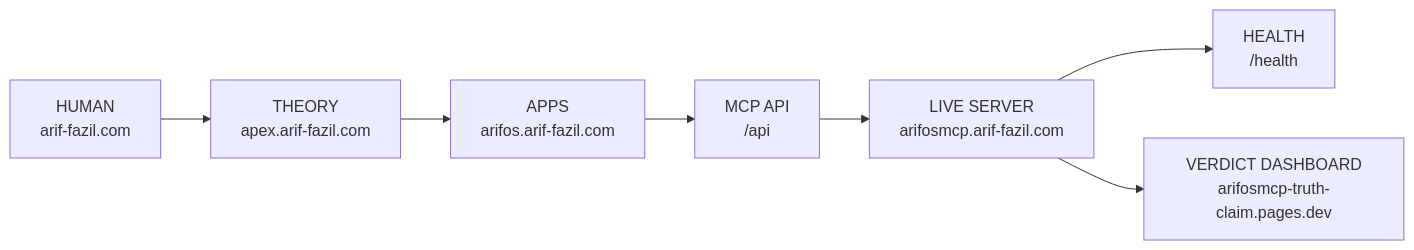
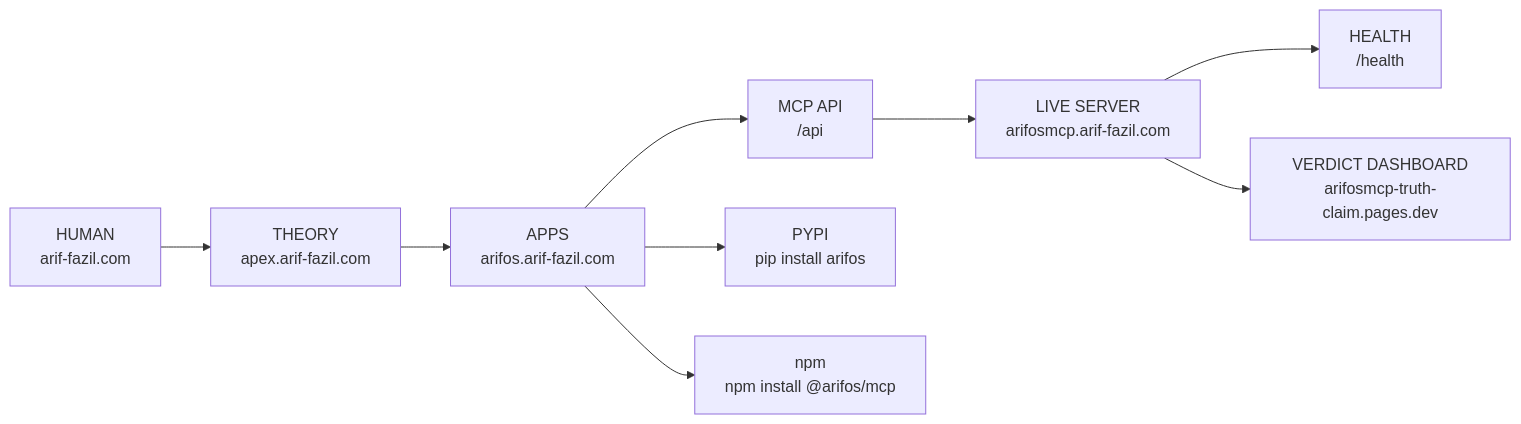
One commit to ariffazil/arifos changed the first of 4 diagrams in README.md. Above: the diagram before and after it, drawn with Mermaid. The commit also changed other lines of this file, not shown here.

First line of the commit message:
docs: add npm package to web ecosystem table and diagram

````diff
--- a/README.md
+++ b/README.md
@@ -25,9 +25,11 @@
 ```mermaid
 flowchart LR
     A[HUMAN<br/>arif-fazil.com] --> B[THEORY<br/>apex.arif-fazil.com]
     B --> C[APPS<br/>arifos.arif-fazil.com]
     C --> D[MCP API<br/>/api]
     D --> E[LIVE SERVER<br/>arifosmcp.arif-fazil.com]
     E --> F[HEALTH<br/>/health]
     E --> G[VERDICT DASHBOARD<br/>arifosmcp-truth-claim.pages.dev]
+    C --> H[PYPI<br/>pip install arifos]
+    C --> I[npm<br/>npm install @arifos/mcp]
 ```
````
